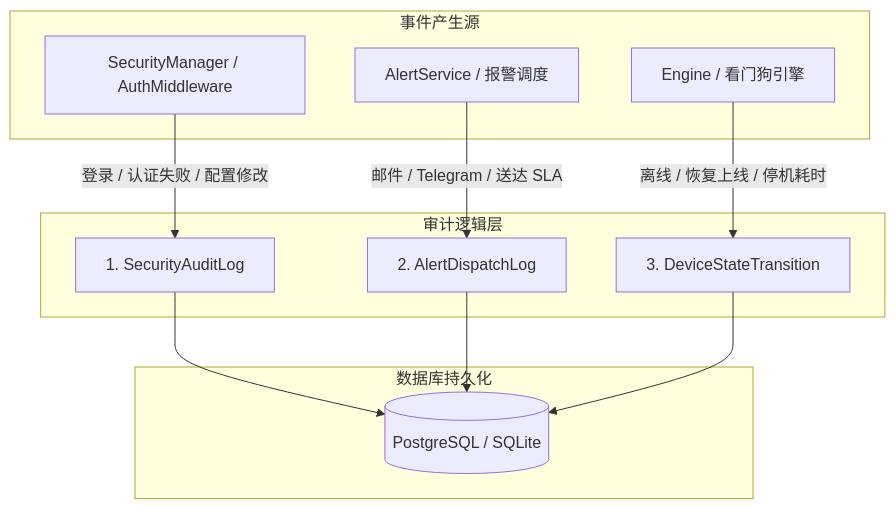
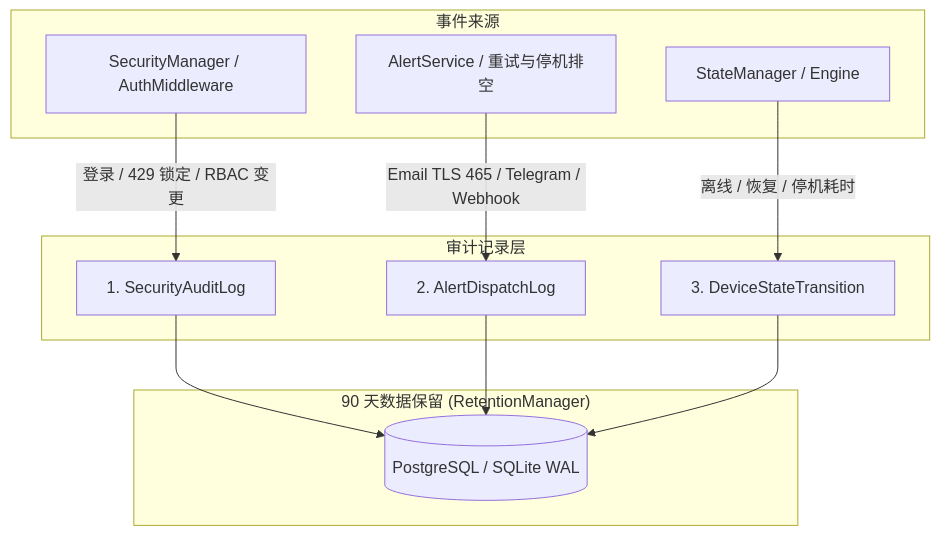
The diagram in docs/zh/audit_trail.md (Noxfort-Systems-Brazil/MONITOR), drawn with Mermaid before and after one commit. The commit also changed other lines of this file and 186 other files, not shown here.

````diff
--- a/docs/zh/audit_trail.md
+++ b/docs/zh/audit_trail.md
@@ -13,26 +11,26 @@
 ```mermaid
 graph TD
-    subgraph "事件产生源"
+    subgraph "事件来源"
         Auth[SecurityManager / AuthMiddleware]
-        Alerts[AlertService / 报警调度]
-        Watchdog[Engine / 看门狗引擎]
+        Alerts[AlertService / 重试与停机排空]
+        Watchdog[StateManager / Engine]
     end
 
-    subgraph "审计逻辑层"
+    subgraph "审计记录层"
         SecLog[1. SecurityAuditLog]
         AlertLog[2. AlertDispatchLog]
         TransLog[3. DeviceStateTransition]
     end
 
-    subgraph "数据库持久化"
-        DB[(PostgreSQL / SQLite)]
+    subgraph "90 天数据保留 (RetentionManager)"
+        DB[(PostgreSQL / SQLite WAL)]
     end
 
-    Auth -->|登录 / 认证失败 / 配置修改| SecLog
-    Alerts -->|邮件 / Telegram / 送达 SLA| AlertLog
-    Watchdog -->|离线 / 恢复上线 / 停机耗时| TransLog
+    Auth -->|登录 / 429 锁定 / RBAC 变更| SecLog
+    Alerts -->|Email TLS 465 / Telegram / Webhook| AlertLog
+    Watchdog -->|离线 / 恢复 / 停机耗时| TransLog
 
     SecLog --> DB
     AlertLog --> DB
     TransLog --> DB
 ```
````
